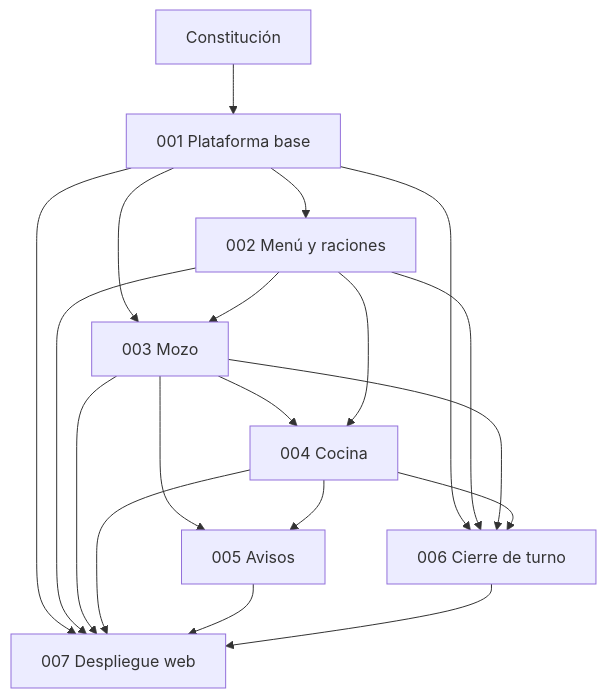
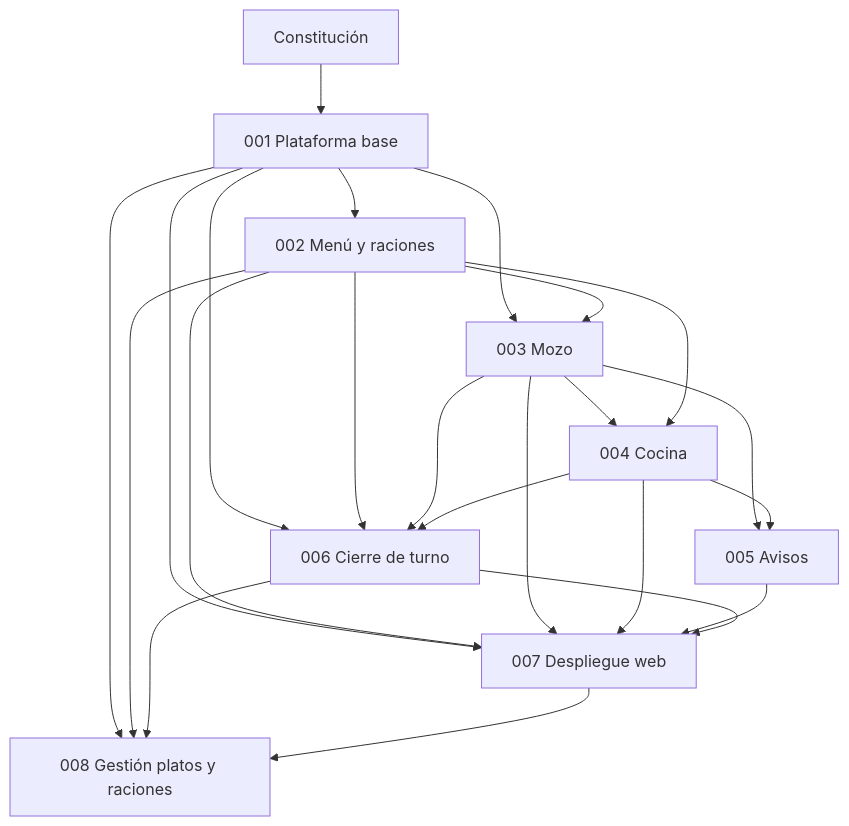
Before and after one commit to Orius-Projects/specs-cevicheria-lucy: the diagram in specs/README.md, drawn with Mermaid. The commit also changed other lines of this file and 3 other files, not shown here.

Commit message:
docs(008): gestion de platos y raciones y design system

````diff
--- a/specs/README.md
+++ b/specs/README.md
@@ -19,21 +20,25 @@
 ```mermaid
 flowchart TD
     C[Constitución] --> S1[001 Plataforma base]
     S1 --> S2[002 Menú y raciones]
     S1 --> S3[003 Mozo]
     S2 --> S3
     S3 --> S4[004 Cocina]
     S2 --> S4
     S3 --> S5[005 Avisos]
     S4 --> S5
     S1 --> S6[006 Cierre de turno]
     S2 --> S6
     S3 --> S6
     S4 --> S6
     S1 --> S7[007 Despliegue web]
     S2 --> S7
     S3 --> S7
     S4 --> S7
     S5 --> S7
     S6 --> S7
+    S1 --> S8[008 Gestión platos y raciones]
+    S2 --> S8
+    S6 --> S8
+    S7 --> S8
 ```
````
